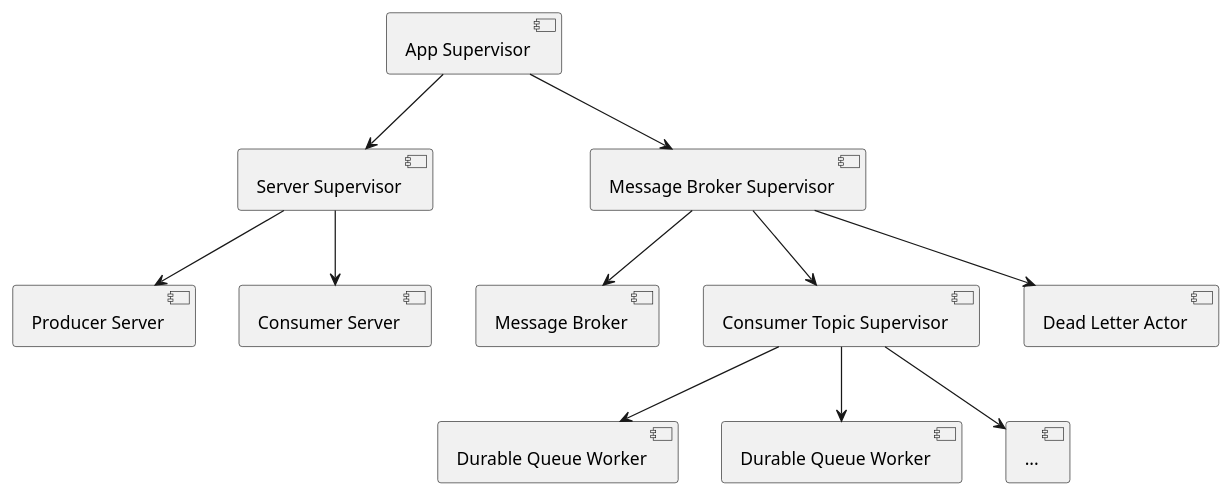
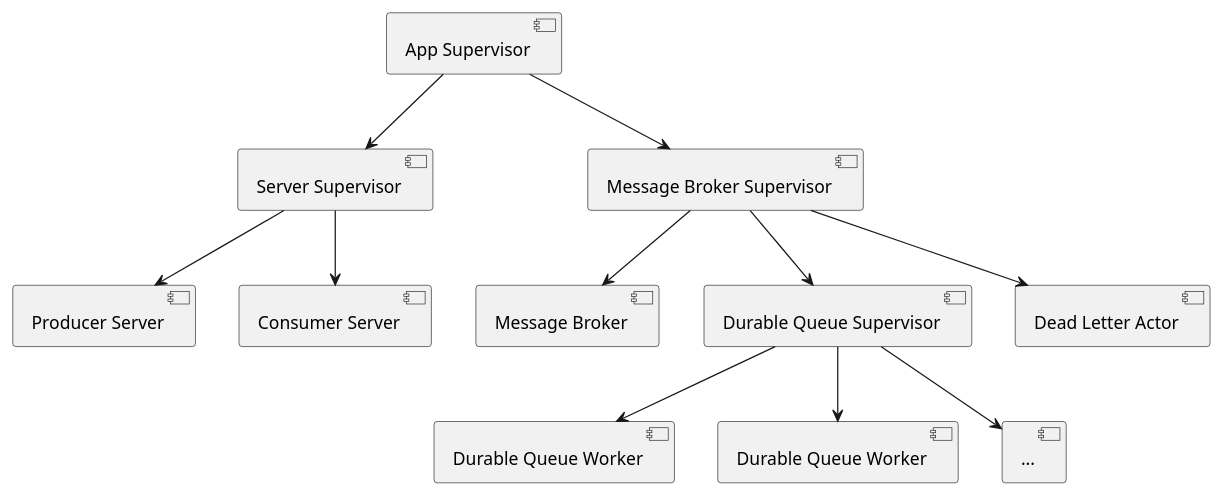
Before and after one commit to darkcat013/ptr-lab3: the diagram in diagrams/sup_tree.puml, drawn with PlantUML. The commit also changed 11 other files, not shown here.

```diff
--- a/diagrams/sup_tree.puml
+++ b/diagrams/sup_tree.puml
@@ -1,23 +1,23 @@
 @startuml
 [App Supervisor] as AS
 [Server Supervisor] as SS
 [Producer Server] as PServ
 [Consumer Server] as CServ
 [Message Broker Supervisor] as MBS
 [Message Broker] as MB
-[Consumer Topic Supervisor] as CS
+[Durable Queue Supervisor] as QS
 [Dead Letter Actor] as DLA
 [Durable Queue Worker] as DQ1
 [Durable Queue Worker] as DQ2
 [...] as DQ3
 AS --> MBS
 AS --> SS
 SS --> PServ
 SS --> CServ
-MBS --> CS
+MBS --> QS
 MBS --> MB
 MBS --> DLA
-CS --> DQ1
-CS --> DQ2
-CS --> DQ3
+QS --> DQ1
+QS --> DQ2
+QS --> DQ3
 @enduml
```
